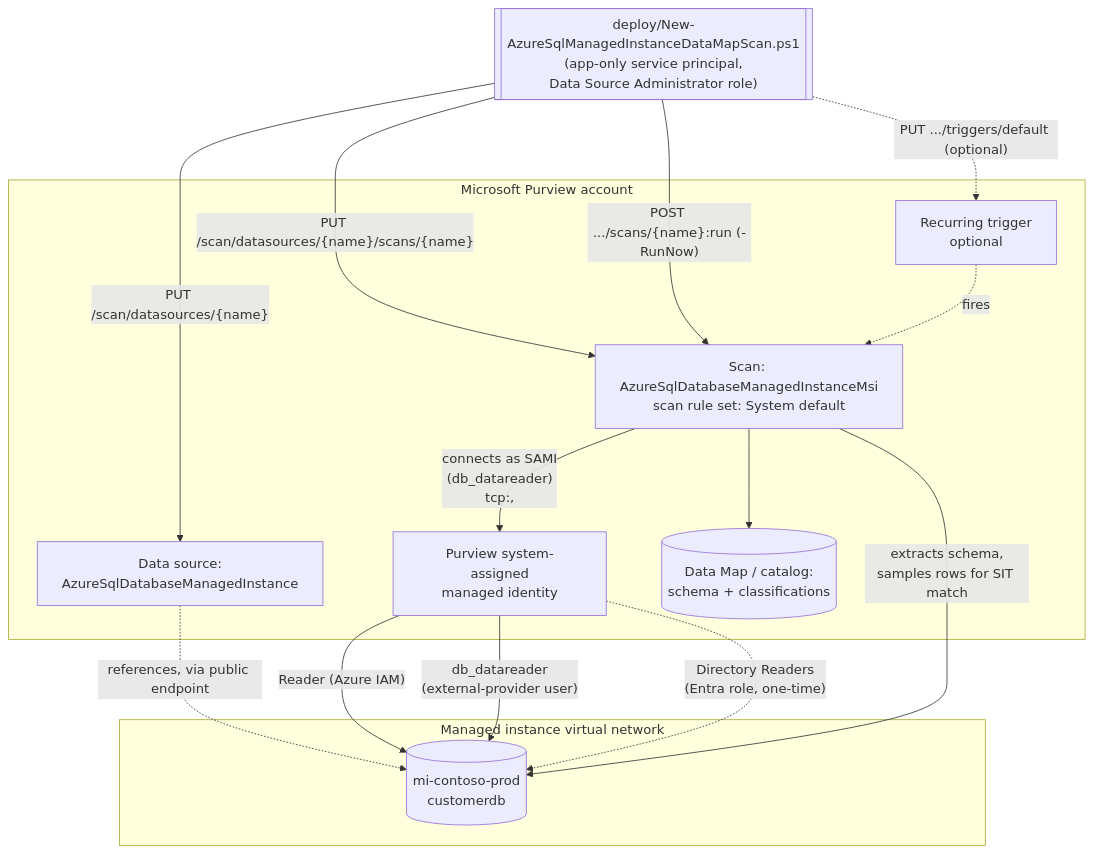
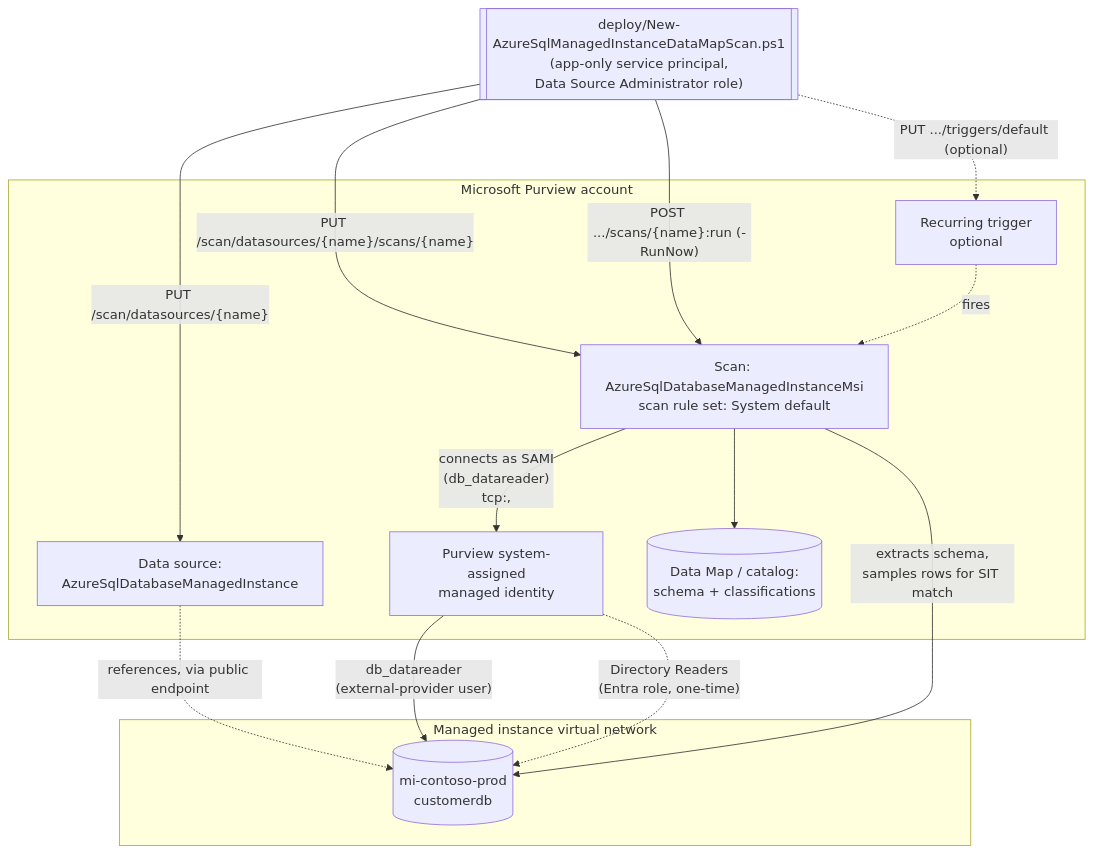
The diagram in scenarios/data-map/scan-azure-sql-managed-instance-and-classify/README.md (kpsec1/purview-scenario-library), drawn with Mermaid before and after one commit. The commit also changed other lines of this file and 9 other files, not shown here.

First line of the commit message:
docs(data-map): correct Managed Instance IAM Reader claim, close VERIFY

````diff
--- a/scenarios/data-map/scan-azure-sql-managed-instance-and-classify/README.md
+++ b/scenarios/data-map/scan-azure-sql-managed-instance-and-classify/README.md
@@ -58,30 +57,29 @@
 ```mermaid
 flowchart TD
     subgraph MISubnet["Managed instance virtual network"]
         MI[(mi-contoso-prod<br/>customerdb)]
     end
 
     subgraph Purview["Microsoft Purview account"]
         SAMI[Purview system-assigned<br/>managed identity]
         DS[Data source:<br/>AzureSqlDatabaseManagedInstance]
         Scan["Scan: AzureSqlDatabaseManagedInstanceMsi<br/>scan rule set: System default"]
         Trigger[Recurring trigger<br/>optional]
         DataMap[(Data Map / catalog:<br/>schema + classifications)]
     end
 
     Deployer[["deploy/New-AzureSqlManagedInstanceDataMapScan.ps1<br/>(app-only service principal,<br/>Data Source Administrator role)"]]
 
     Deployer -- "PUT /scan/datasources/{name}" --> DS
     Deployer -- "PUT /scan/datasources/{name}/scans/{name}" --> Scan
     Deployer -. "PUT .../triggers/default (optional)" .-> Trigger
     Deployer -- "POST .../scans/{name}:run (-RunNow)" --> Scan
 
     DS -.->|references, via public endpoint| MI
     Scan -- "connects as SAMI<br/>(db_datareader)<br/>tcp:<fqdn>,<port>" --> SAMI
-    SAMI -- "Reader (Azure IAM)" --> MI
     SAMI -- "db_datareader<br/>(external-provider user)" --> MI
     SAMI -.->|"Directory Readers<br/>(Entra role, one-time)"| MI
     Scan -- "extracts schema,<br/>samples rows for SIT match" --> MI
     Scan --> DataMap
     Trigger -.->|fires| Scan
 ```
````
